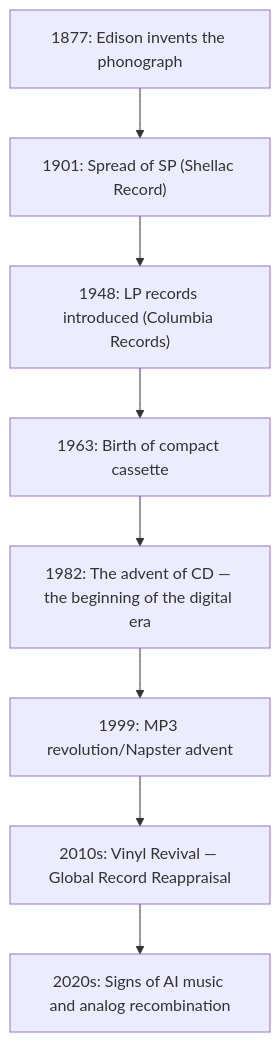
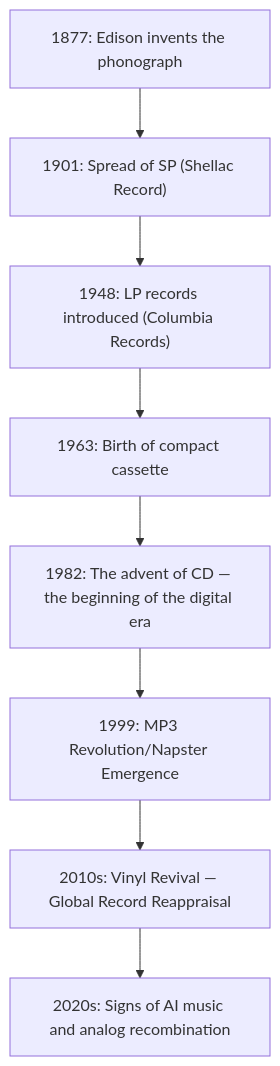
The diagram in en/_posts/2025-10-22-column-why-we-buy-vinyl.md (monumental-movement/monumental-movement.github.io), drawn with Mermaid before and after one commit. The commit also changed 214 other files, not shown here.

```diff
--- a/en/_posts/2025-10-22-column-why-we-buy-vinyl.md
+++ b/en/_posts/2025-10-22-column-why-we-buy-vinyl.md
@@ -159,12 +159,12 @@
 <div class="mermaid">
 
 flowchart TD
     A1877["1877: Edison invents the phonograph"] --> A1901["1901: Spread of SP (Shellac Record)"]
     A1901 --> A1948["1948: LP records introduced (Columbia Records)"]
     A1948 --> A1963["1963: Birth of compact cassette"]
     A1963 --> A1982["1982: The advent of CD — the beginning of the digital era"]
-    A1982 --> A1999["1999: MP3 revolution/Napster advent"]
+    A1982 --> A1999["1999: MP3 Revolution/Napster Emergence"]
     A1999 --> A2010["2010s: Vinyl Revival — Global Record Reappraisal"]
     A2010 --> A2020["2020s: Signs of AI music and analog recombination"]
 
 </div>
```
